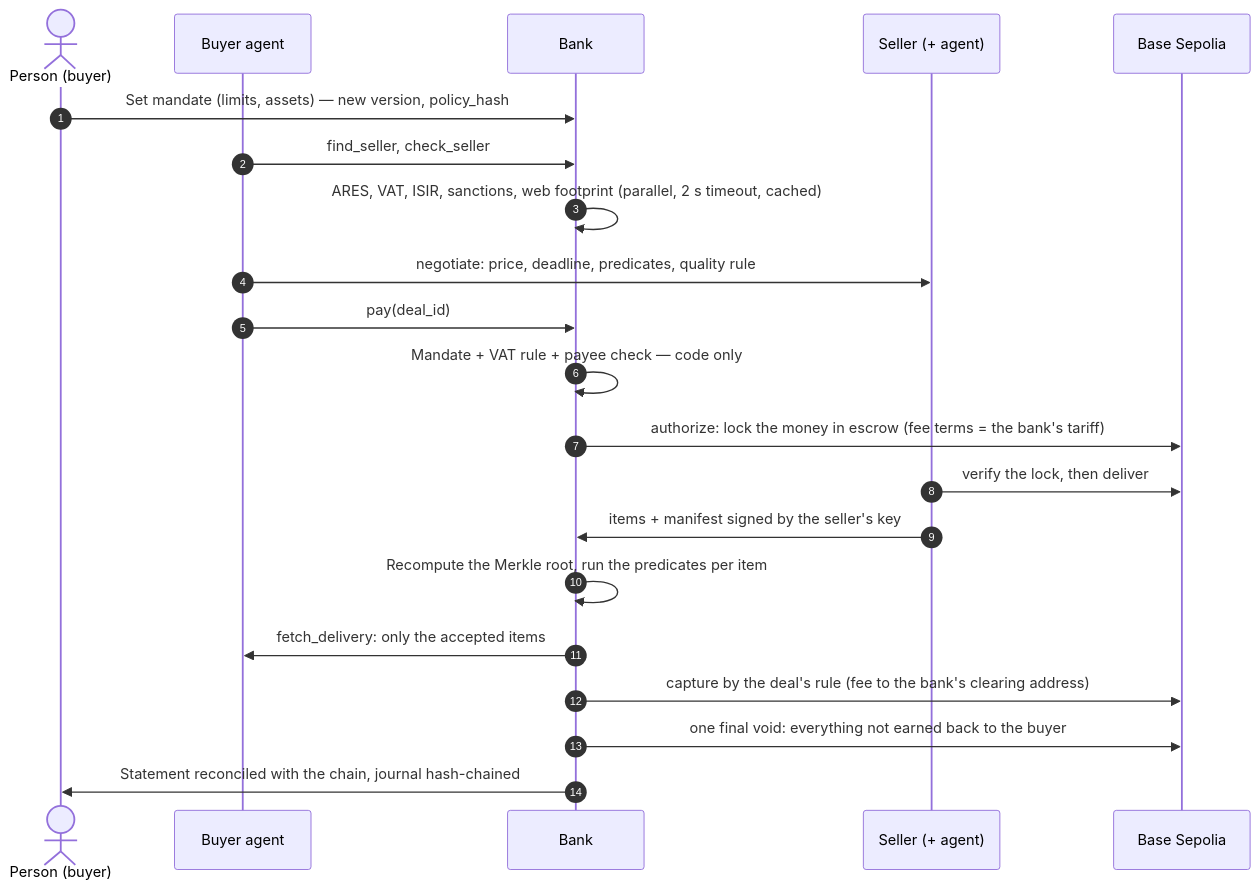
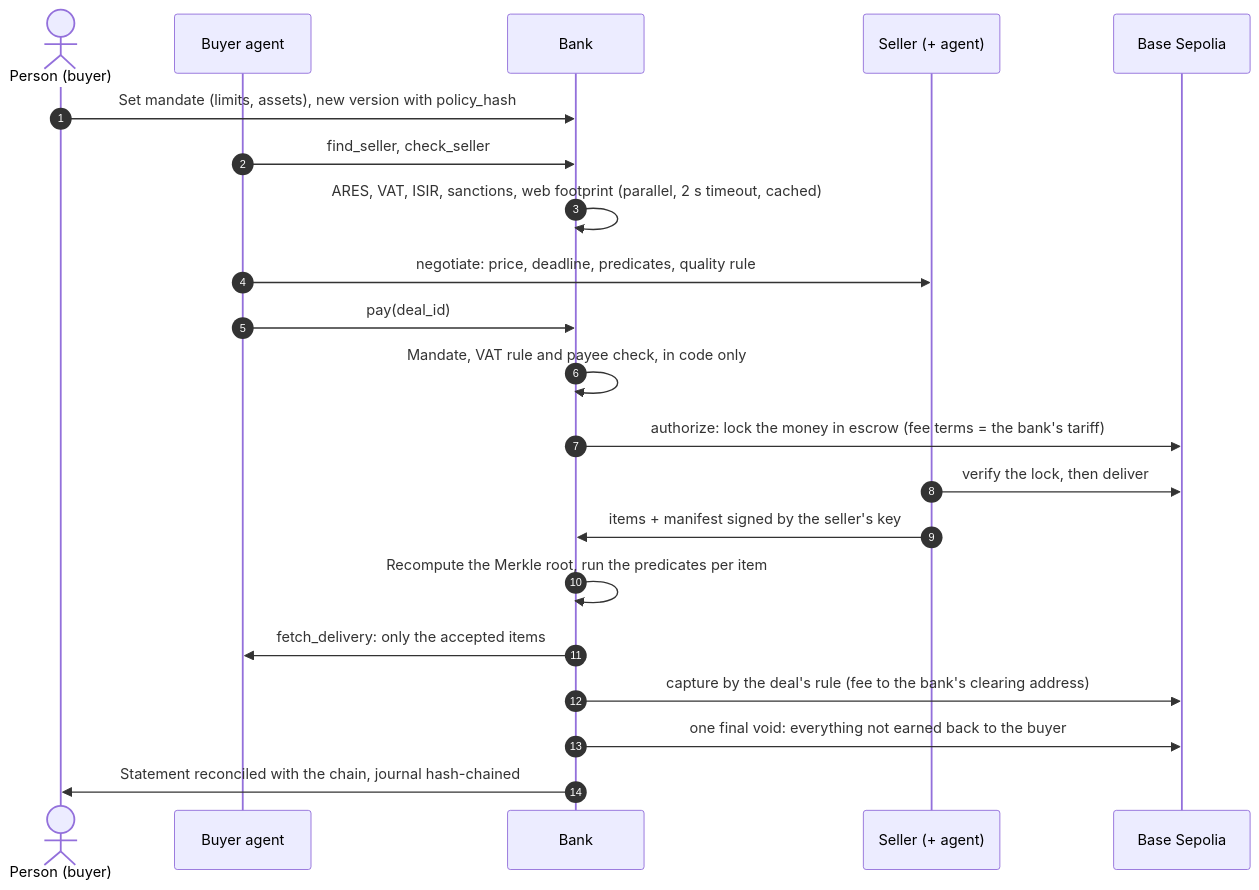
One commit to 13Belka13/collabse-fintechers changed the second of 2 diagrams in README.md. Above: the diagram before and after it, drawn with Mermaid. The commit also changed other lines of this file and 2 other files, not shown here.

````diff
--- a/README.md
+++ b/README.md
@@ -244,24 +244,24 @@
 ```mermaid
 sequenceDiagram
     autonumber
     actor P as Person (buyer)
     participant A as Buyer agent
     participant B as Bank
     participant S as Seller (+ agent)
     participant C as Base Sepolia
 
-    P->>B: Set mandate (limits, assets) — new version, policy_hash
+    P->>B: Set mandate (limits, assets), new version with policy_hash
     A->>B: find_seller, check_seller
     B->>B: ARES, VAT, ISIR, sanctions, web footprint (parallel, 2 s timeout, cached)
     A->>S: negotiate: price, deadline, predicates, quality rule
     A->>B: pay(deal_id)
-    B->>B: Mandate + VAT rule + payee check — code only
+    B->>B: Mandate, VAT rule and payee check, in code only
     B->>C: authorize: lock the money in escrow (fee terms = the bank's tariff)
     S->>C: verify the lock, then deliver
     S->>B: items + manifest signed by the seller's key
     B->>B: Recompute the Merkle root, run the predicates per item
     B->>A: fetch_delivery: only the accepted items
     B->>C: capture by the deal's rule (fee to the bank's clearing address)
     B->>C: one final void: everything not earned back to the buyer
     B->>P: Statement reconciled with the chain, journal hash-chained
 ```
````
